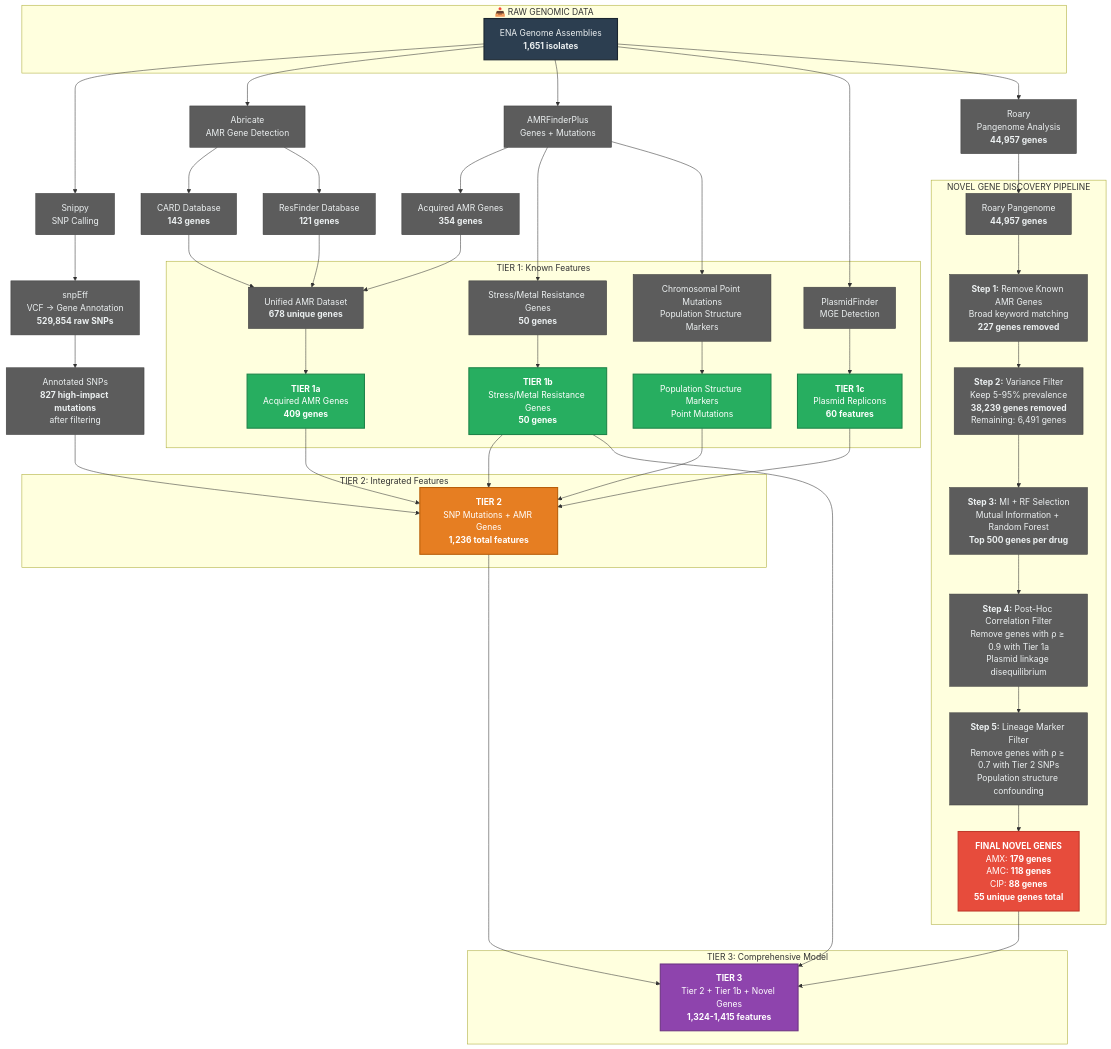
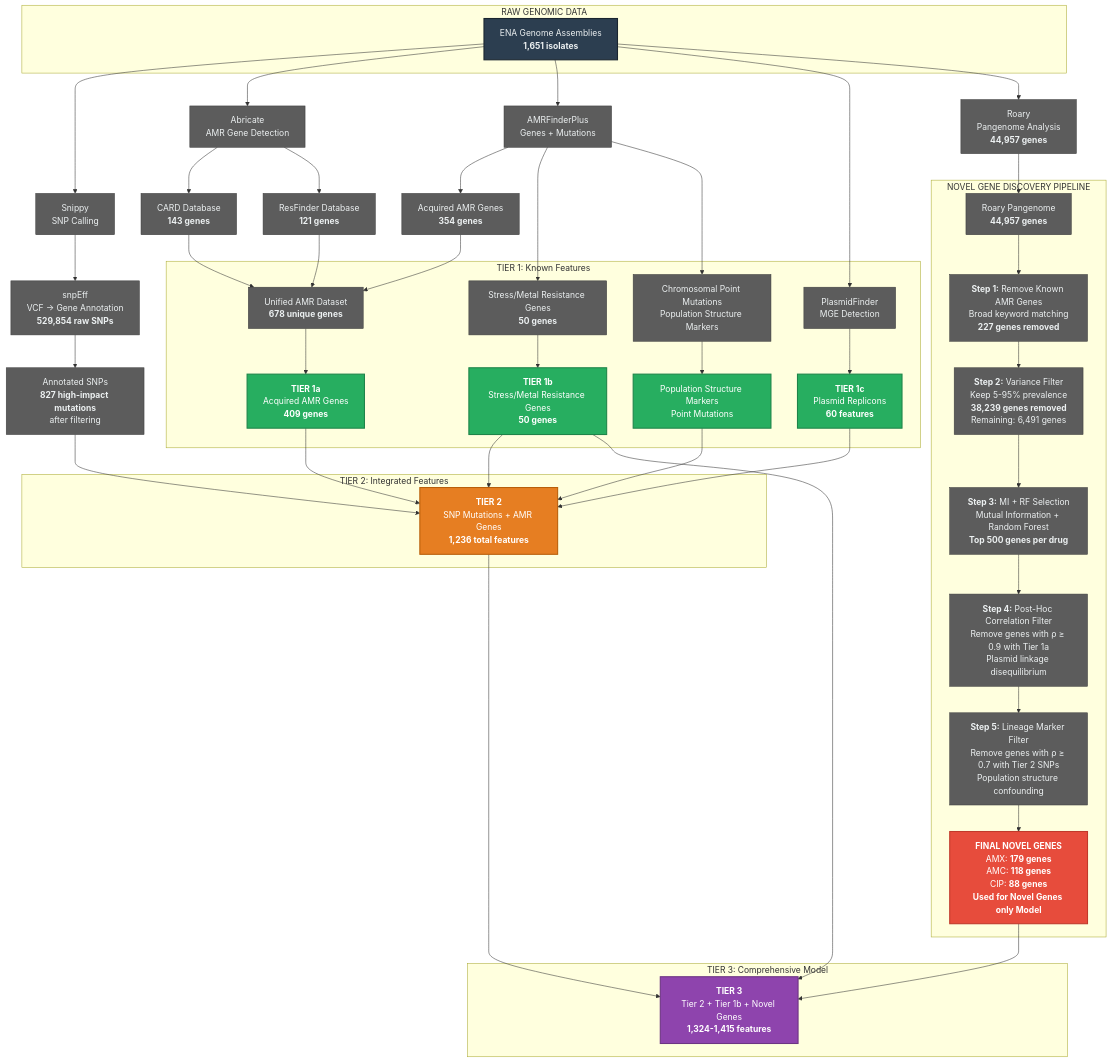
The diagram in README.md (Muhammad-Lukman/Discovery-of-Novel-AMR-Determinants-in-E.coli-Through-Machine-Learning), drawn with Mermaid before and after one commit. The commit also changed other lines of this file, not shown here.

````diff
--- a/README.md
+++ b/README.md
@@ -77,82 +76,82 @@
 ```mermaid
 graph TD
-    subgraph "📥 RAW GENOMIC DATA"
+    subgraph "RAW GENOMIC DATA"
         A[ENA Genome Assemblies<br/><b>1,651 isolates</b>]
     end
     
     A --> B[Snippy<br/>SNP Calling]
     A --> C[Abricate<br/>AMR Gene Detection]
     A --> D[AMRFinderPlus<br/>Genes + Mutations]
     A --> E[PlasmidFinder<br/>MGE Detection]
     A --> F[Roary<br/>Pangenome Analysis<br/><b>44,957 genes</b>]
     
     B --> G[snpEff<br/>VCF → Gene Annotation<br/><b>529,854 raw SNPs</b>]
     
     C --> H[CARD Database<br/><b>143 genes</b>]
     C --> I[ResFinder Database<br/><b>121 genes</b>]
     
     D --> J[Acquired AMR Genes<br/><b>354 genes</b>]
     D --> K[Stress/Metal Resistance Genes<br/><b>50 genes</b>]
     D --> L[Chromosomal Point Mutations<br/>Population Structure Markers]
     
     H & I & J --> M[Unified AMR Dataset<br/><b>678 unique genes</b>]
     
     subgraph "TIER 1: Known Features"
         M --> N[<b>TIER 1a</b><br/>Acquired AMR Genes<br/><b>409 genes</b>]
         K --> O[<b>TIER 1b</b><br/>Stress/Metal Resistance Genes<br/><b>50 genes</b>]
         L --> P[Population Structure Markers<br/>Point Mutations]
         E --> Q[<b>TIER 1c</b><br/>Plasmid Replicons<br/><b>60 features</b>]
     end
     
     G --> R[Annotated SNPs<br/><b>827 high-impact mutations</b><br/>after filtering]
     N & O & P & Q & R --> S
     
     subgraph "TIER 2: Integrated Features"
         S[<b>TIER 2</b><br/>SNP Mutations + AMR Genes<br/><b>1,236 total features</b>]
     end
     
     F --> T[Roary Pangenome<br/><b>44,957 genes</b>]
     
     subgraph "NOVEL GENE DISCOVERY PIPELINE"
         T --> U[<b>Step 1:</b> Remove Known AMR Genes<br/>Broad keyword matching<br/><b>227 genes removed</b>]
         U --> V[<b>Step 2:</b> Variance Filter<br/>Keep 5-95% prevalence<br/><b>38,239 genes removed</b><br/>Remaining: 6,491 genes]
         V --> W[<b>Step 3:</b> MI + RF Selection<br/>Mutual Information + Random Forest<br/><b>Top 500 genes per drug</b>]
         W --> X[<b>Step 4:</b> Post-Hoc Correlation Filter<br/>Remove genes with ρ ≥ 0.9 with Tier 1a<br/>Plasmid linkage disequilibrium]
         X --> Y[<b>Step 5:</b> Lineage Marker Filter<br/>Remove genes with ρ ≥ 0.7 with Tier 2 SNPs<br/>Population structure confounding]
-        Y --> Z[<b>FINAL NOVEL GENES</b><br/>AMX: <b>179 genes</b><br/>AMC: <b>118 genes</b><br/>CIP: <b>88 genes</b><br/><b>55 unique genes total</b>]
+        Y --> Z[<b>FINAL NOVEL GENES</b><br/>AMX: <b>179 genes</b><br/>AMC: <b>118 genes</b><br/>CIP: <b>88 genes</b><br/><b>Used for Novel Genes only Model</b>]
     end
     
     S & Z & O --> AA
     
     subgraph "TIER 3: Comprehensive Model"
         AA[<b>TIER 3</b><br/>Tier 2 + Tier 1b + Novel Genes<br/><b>1,324-1,415 features</b>]
     end
 
     style A fill:#2c3e50,color:#ecf0f1,stroke:#1a252f,stroke-width:2px
     style B fill:#5c5c5c,color:#ecf0f1,stroke:#3d3d3d,stroke-width:1px
     style C fill:#5c5c5c,color:#ecf0f1,stroke:#3d3d3d,stroke-width:1px
     style D fill:#5c5c5c,color:#ecf0f1,stroke:#3d3d3d,stroke-width:1px
     style E fill:#5c5c5c,color:#ecf0f1,stroke:#3d3d3d,stroke-width:1px
     style F fill:#5c5c5c,color:#ecf0f1,stroke:#3d3d3d,stroke-width:1px
     style G fill:#5c5c5c,color:#ecf0f1,stroke:#3d3d3d,stroke-width:1px
     style H fill:#5c5c5c,color:#ecf0f1,stroke:#3d3d3d,stroke-width:1px
     style I fill:#5c5c5c,color:#ecf0f1,stroke:#3d3d3d,stroke-width:1px
     style J fill:#5c5c5c,color:#ecf0f1,stroke:#3d3d3d,stroke-width:1px
     style K fill:#5c5c5c,color:#ecf0f1,stroke:#3d3d3d,stroke-width:1px
     style L fill:#5c5c5c,color:#ecf0f1,stroke:#3d3d3d,stroke-width:1px
     style M fill:#5c5c5c,color:#ecf0f1,stroke:#3d3d3d,stroke-width:1px
     style N fill:#27ae60,color:#ffffff,stroke:#1e8449,stroke-width:2px
     style O fill:#27ae60,color:#ffffff,stroke:#1e8449,stroke-width:2px
     style P fill:#27ae60,color:#ffffff,stroke:#1e8449,stroke-width:2px
     style Q fill:#27ae60,color:#ffffff,stroke:#1e8449,stroke-width:2px
     style R fill:#5c5c5c,color:#ecf0f1,stroke:#3d3d3d,stroke-width:1px
     style S fill:#e67e22,color:#ffffff,stroke:#b85e0a,stroke-width:2px
     style T fill:#5c5c5c,color:#ecf0f1,stroke:#3d3d3d,stroke-width:1px
     style U fill:#5c5c5c,color:#ecf0f1,stroke:#3d3d3d,stroke-width:1px
     style V fill:#5c5c5c,color:#ecf0f1,stroke:#3d3d3d,stroke-width:1px
     style W fill:#5c5c5c,color:#ecf0f1,stroke:#3d3d3d,stroke-width:1px
     style X fill:#5c5c5c,color:#ecf0f1,stroke:#3d3d3d,stroke-width:1px
     style Y fill:#5c5c5c,color:#ecf0f1,stroke:#3d3d3d,stroke-width:1px
     style Z fill:#e74c3c,color:#ffffff,stroke:#c0392b,stroke-width:2px
     style AA fill:#8e44ad,color:#ffffff,stroke:#6c3483,stroke-width:2px
 ```
````
